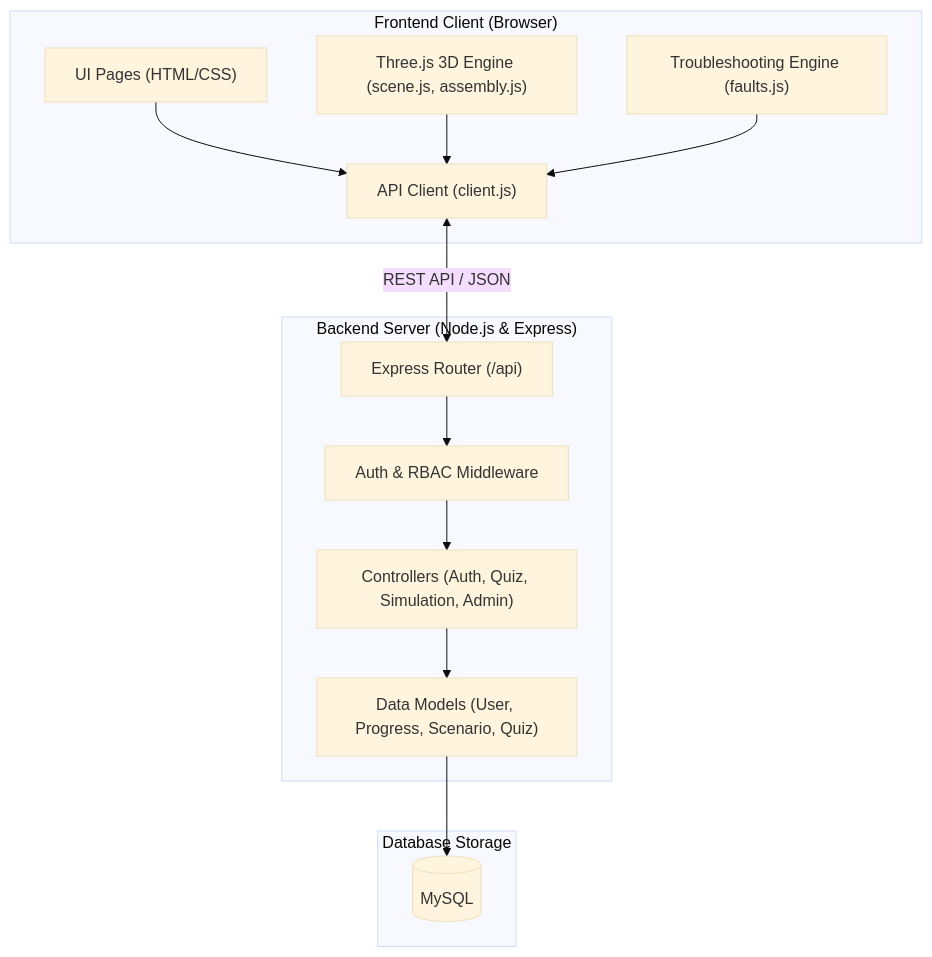
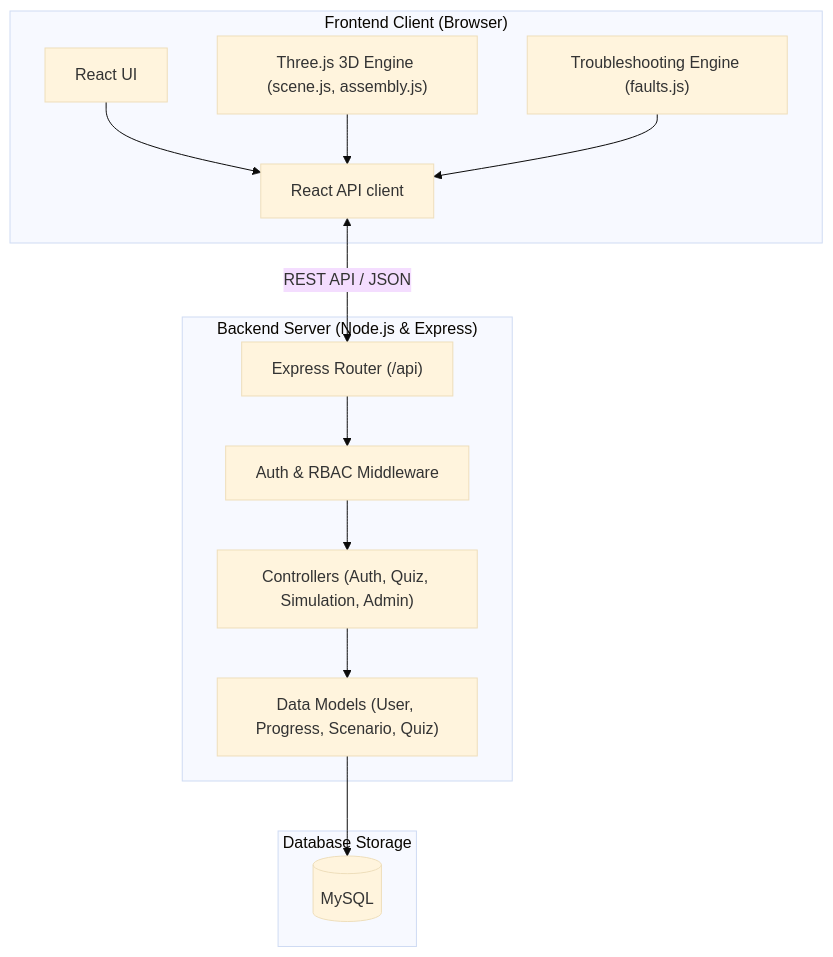
The diagram in readme.md (bryankennethblando/PC-CRAFT), drawn with Mermaid (base theme) before and after one commit. The commit also changed other lines of this file and 76 other files, not shown here.

````diff
--- a/readme.md
+++ b/readme.md
@@ -62,28 +62,28 @@
 ```mermaid
 flowchart TD
     subgraph Client["Frontend Client (Browser)"]
-        UI["UI Pages (HTML/CSS)"]
+        UI["React UI"]
         ThreeScene["Three.js 3D Engine (scene.js, assembly.js)"]
         TroubleshootLogic["Troubleshooting Engine (faults.js)"]
-        APIClient["API Client (client.js)"]
+        APIClient["React API client"]
         UI --> APIClient
         ThreeScene --> APIClient
         TroubleshootLogic --> APIClient
     end
 
     subgraph Server["Backend Server (Node.js & Express)"]
         Router["Express Router (/api)"]
         AuthMid["Auth & RBAC Middleware"]
         Controllers["Controllers (Auth, Quiz, Simulation, Admin)"]
         Models["Data Models (User, Progress, Scenario, Quiz)"]
         
         Router --> AuthMid --> Controllers --> Models
     end
 
     subgraph Database["Database Storage"]
         DB[(MySQL)]
         Models --> DB
     end
 
     APIClient <-->|REST API / JSON| Router
 ```
````
